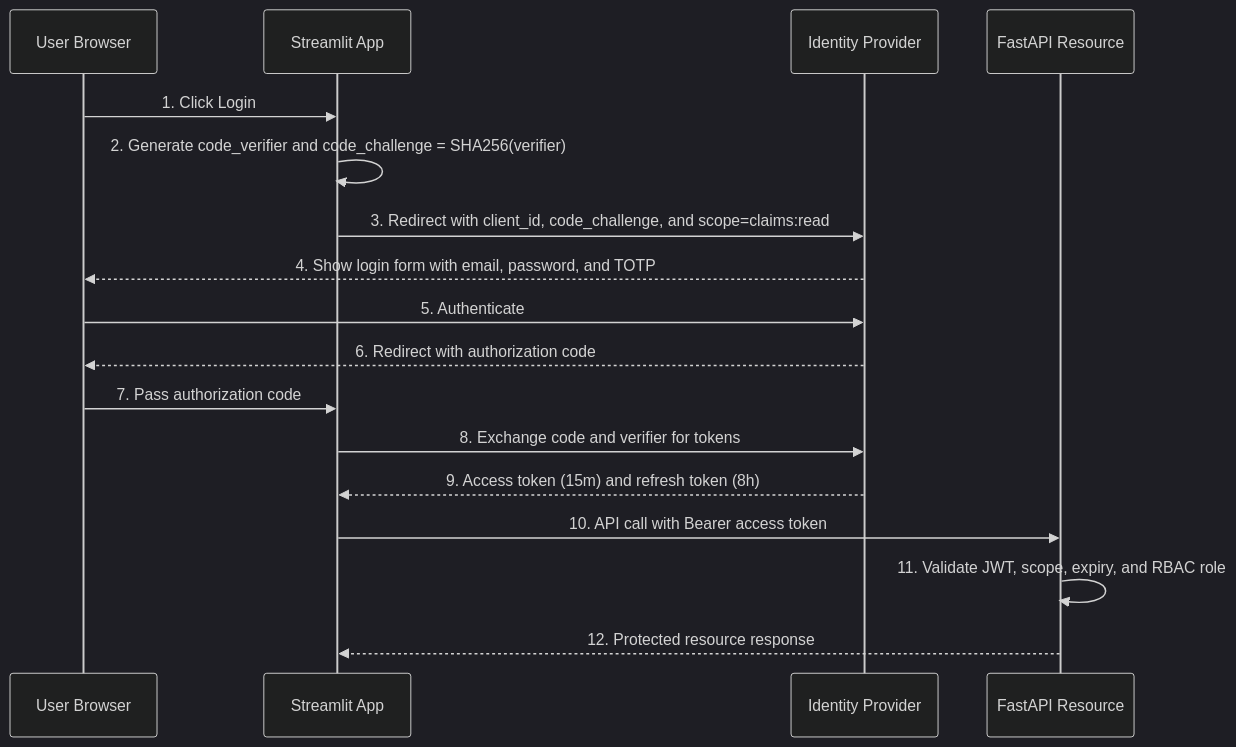
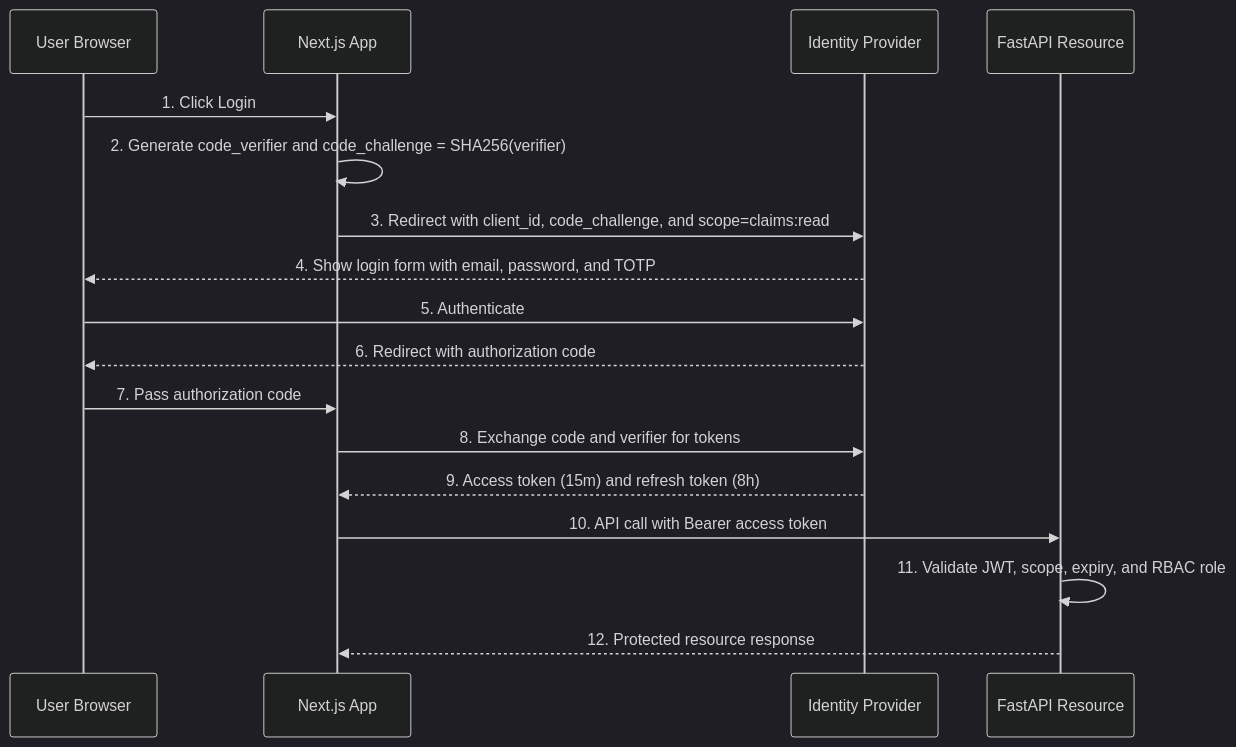
Diagram 11 of 12 in docs/ARCHITECTURE.md (KrishKoria/HomeProjectAbacus), drawn with Mermaid (dark theme) before and after one commit. The commit also changed other lines of this file, not shown here.

First line of the commit message:
docs: update ARCHITECTURE.md for Next.js frontend

````diff
--- a/docs/ARCHITECTURE.md
+++ b/docs/ARCHITECTURE.md
@@ -1001,20 +1001,20 @@
 ```mermaid
 sequenceDiagram
     participant U as User Browser
-    participant S as Streamlit App
+    participant S as Next.js App
     participant A as Identity Provider
     participant F as FastAPI Resource
 
     U->>S: 1. Click Login
     S->>S: 2. Generate code_verifier and code_challenge = SHA256(verifier)
     S->>A: 3. Redirect with client_id, code_challenge, and scope=claims:read
     A-->>U: 4. Show login form with email, password, and TOTP
     U->>A: 5. Authenticate
     A-->>U: 6. Redirect with authorization code
     U->>S: 7. Pass authorization code
     S->>A: 8. Exchange code and verifier for tokens
     A-->>S: 9. Access token (15m) and refresh token (8h)
     S->>F: 10. API call with Bearer access token
     F->>F: 11. Validate JWT, scope, expiry, and RBAC role
     F-->>S: 12. Protected resource response
 ```
````
